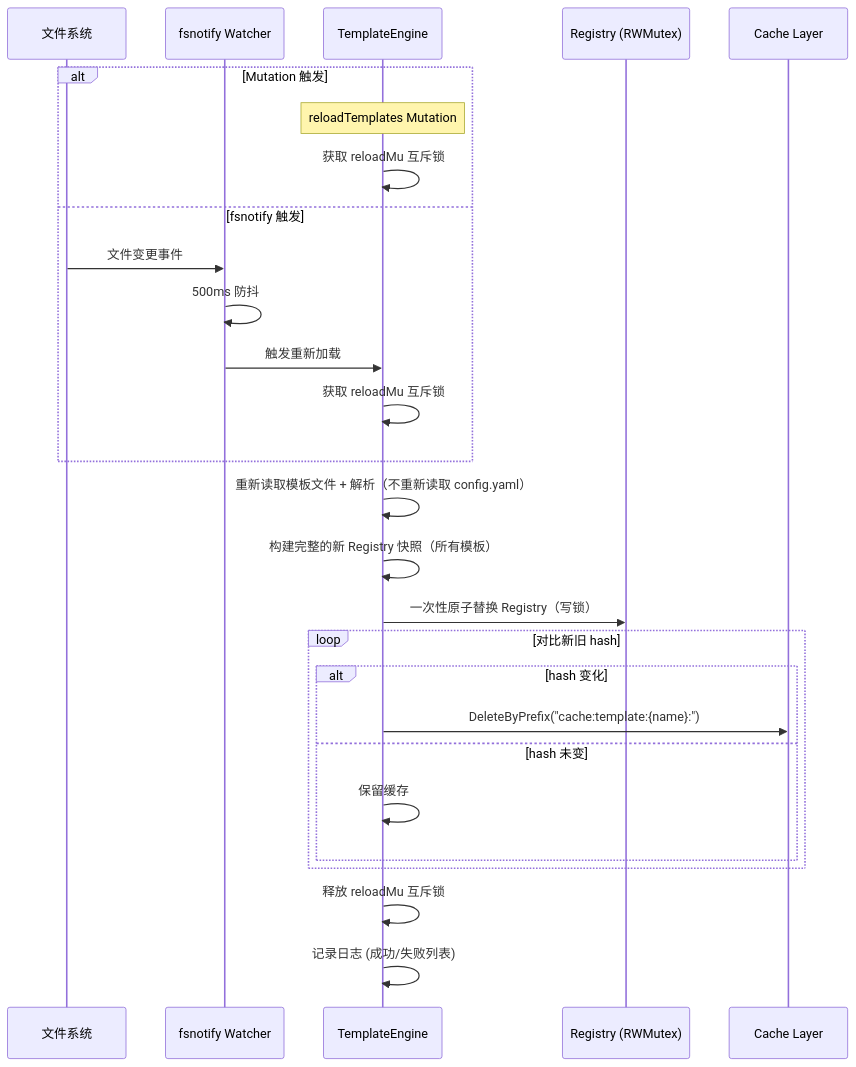
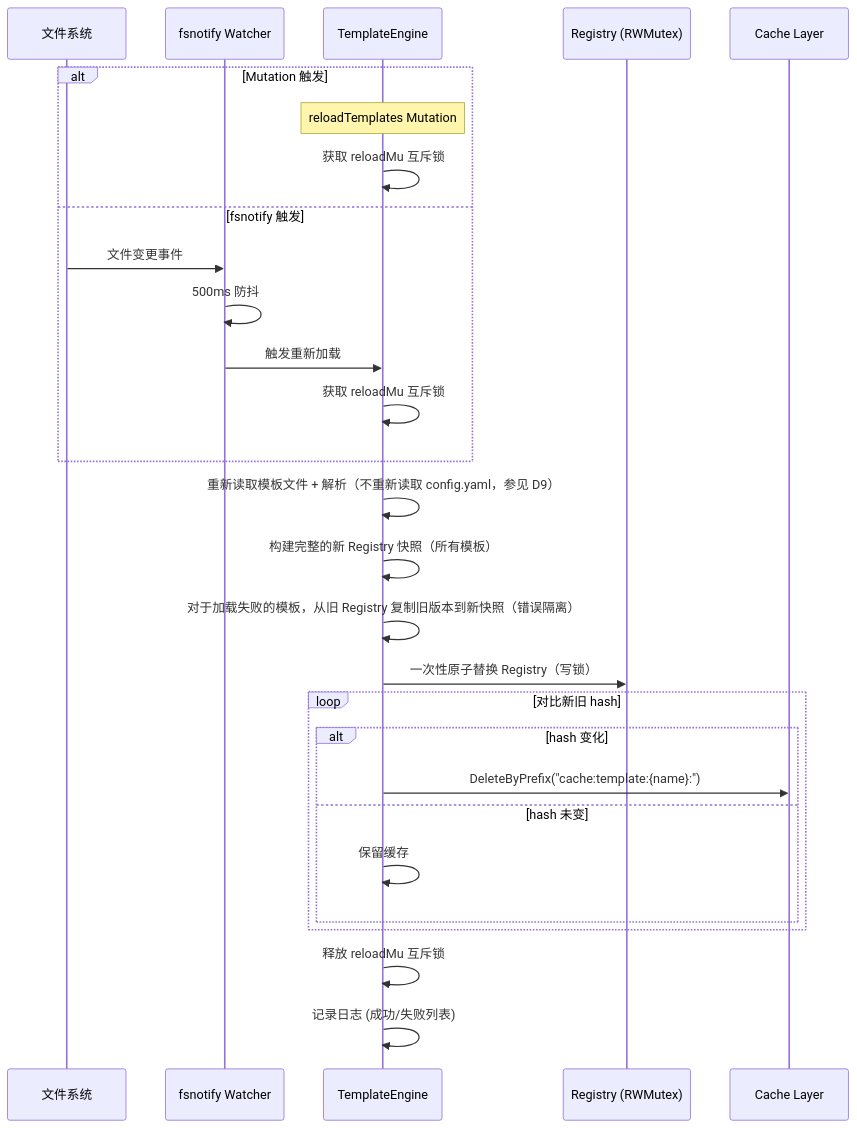
Before and after one commit to michaelwang123/mountainKing: the second of 2 diagrams in .kiro/specs/sql-template-engine/design.md, drawn with Mermaid. The commit also changed other lines of this file and 1 other file, not shown here.

````diff
--- a/.kiro/specs/sql-template-engine/design.md
+++ b/.kiro/specs/sql-template-engine/design.md
@@ -130,34 +131,35 @@
 ```mermaid
 sequenceDiagram
     participant FS as 文件系统
     participant FW as fsnotify Watcher
     participant TE as TemplateEngine
     participant REG as Registry (RWMutex)
     participant CL as Cache Layer
 
     alt Mutation 触发
         Note over TE: reloadTemplates Mutation
         TE->>TE: 获取 reloadMu 互斥锁
     else fsnotify 触发
         FS->>FW: 文件变更事件
         FW->>FW: 500ms 防抖
         FW->>TE: 触发重新加载
         TE->>TE: 获取 reloadMu 互斥锁
     end
 
-    TE->>TE: 重新读取模板文件 + 解析（不重新读取 config.yaml）
+    TE->>TE: 重新读取模板文件 + 解析（不重新读取 config.yaml，参见 D9）
     TE->>TE: 构建完整的新 Registry 快照（所有模板）
+    TE->>TE: 对于加载失败的模板，从旧 Registry 复制旧版本到新快照（错误隔离）
 
     TE->>REG: 一次性原子替换 Registry（写锁）
 
     loop 对比新旧 hash
         alt hash 变化
             TE->>CL: DeleteByPrefix("cache:template:{name}:")
         else hash 未变
             TE->>TE: 保留缓存
         end
     end
 
     TE->>TE: 释放 reloadMu 互斥锁
     TE->>TE: 记录日志 (成功/失败列表)
 ```
````
